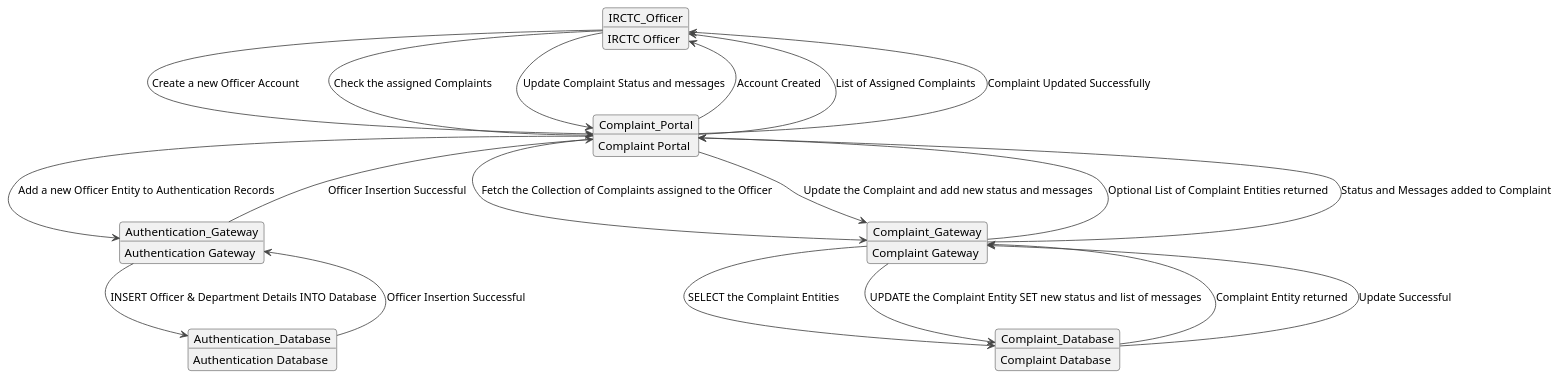
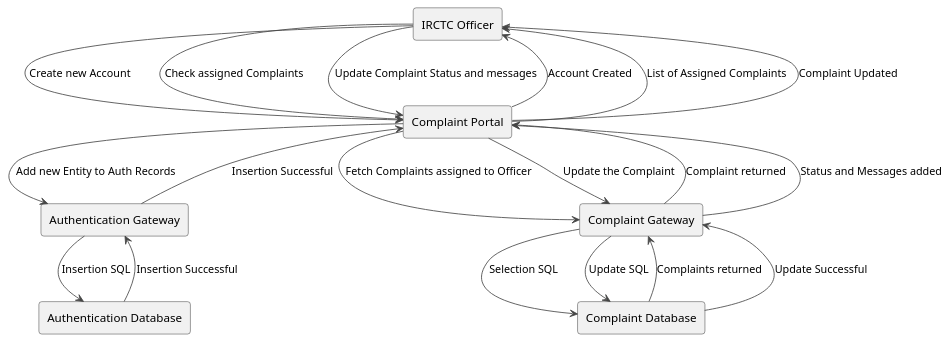
One commit to Anikate-De/rail-madad changed the diagram in uml/collaboration/officer/officer_collaboration.plantuml. Above: the diagram before and after it, drawn with PlantUML. The commit also changed 1 other file, not shown here.

Commit message:
updated officer collaboration diagram

```diff
--- a/uml/collaboration/officer/officer_collaboration.plantuml
+++ b/uml/collaboration/officer/officer_collaboration.plantuml
@@ -1,48 +1,25 @@
 @startuml
 !theme vibrant
-object IRCTC_Officer {
-    IRCTC Officer
-}
+skinparam componentstyle rectangle
 
-object Complaint_Portal {
-    Complaint Portal
-}
+[IRCTC Officer] --> [Complaint Portal] : Create new Account
+[Complaint Portal] --> [Authentication Gateway] : Add new Entity to Auth Records
+[Authentication Gateway] --> [Authentication Database] : Insertion SQL
+[Authentication Database] --> [Authentication Gateway] : Insertion Successful
+[Authentication Gateway] --> [Complaint Portal] : Insertion Successful
+[Complaint Portal] --> [IRCTC Officer] : Account Created
 
-object Authentication_Gateway {
-    Authentication Gateway
-}
+[IRCTC Officer] --> [Complaint Portal] : Check assigned Complaints
+[Complaint Portal] --> [Complaint Gateway] : Fetch Complaints assigned to Officer
+[Complaint Gateway] --> [Complaint Database] : Selection SQL
+[Complaint Database] --> [Complaint Gateway] : Complaints returned
+[Complaint Gateway] --> [Complaint Portal] : Complaint returned
+[Complaint Portal] --> [IRCTC Officer] : List of Assigned Complaints
 
-object Complaint_Gateway {
-    Complaint Gateway
-}
-
-object Authentication_Database {
-    Authentication Database
-}
-
-object Complaint_Database {
-    Complaint Database
-}
-
-IRCTC_Officer --> Complaint_Portal : Create a new Officer Account
-Complaint_Portal --> Authentication_Gateway : Add a new Officer Entity to Authentication Records
-Authentication_Gateway --> Authentication_Database : INSERT Officer & Department Details INTO Database
-Authentication_Database --> Authentication_Gateway : Officer Insertion Successful
-Authentication_Gateway --> Complaint_Portal : Officer Insertion Successful
-Complaint_Portal --> IRCTC_Officer : Account Created
-
-IRCTC_Officer --> Complaint_Portal : Check the assigned Complaints
-Complaint_Portal --> Complaint_Gateway : Fetch the Collection of Complaints assigned to the Officer
-Complaint_Gateway --> Complaint_Database : SELECT the Complaint Entities
-Complaint_Database --> Complaint_Gateway : Complaint Entity returned
-Complaint_Gateway --> Complaint_Portal : Optional List of Complaint Entities returned
-Complaint_Portal --> IRCTC_Officer : List of Assigned Complaints
-
-IRCTC_Officer --> Complaint_Portal : Update Complaint Status and messages
-Complaint_Portal --> Complaint_Gateway : Update the Complaint and add new status and messages
-Complaint_Gateway --> Complaint_Database : UPDATE the Complaint Entity SET new status and list of messages
-Complaint_Database --> Complaint_Gateway : Update Successful
-Complaint_Gateway --> Complaint_Portal : Status and Messages added to Complaint
-Complaint_Portal --> IRCTC_Officer : Complaint Updated Successfully
-
+[IRCTC Officer] --> [Complaint Portal] : Update Complaint Status and messages
+[Complaint Portal] --> [Complaint Gateway] : Update the Complaint
+[Complaint Gateway] --> [Complaint Database] : Update SQL
+[Complaint Database] --> [Complaint Gateway] : Update Successful
+[Complaint Gateway] --> [Complaint Portal] : Status and Messages added
+[Complaint Portal] --> [IRCTC Officer] : Complaint Updated
 @enduml
```
